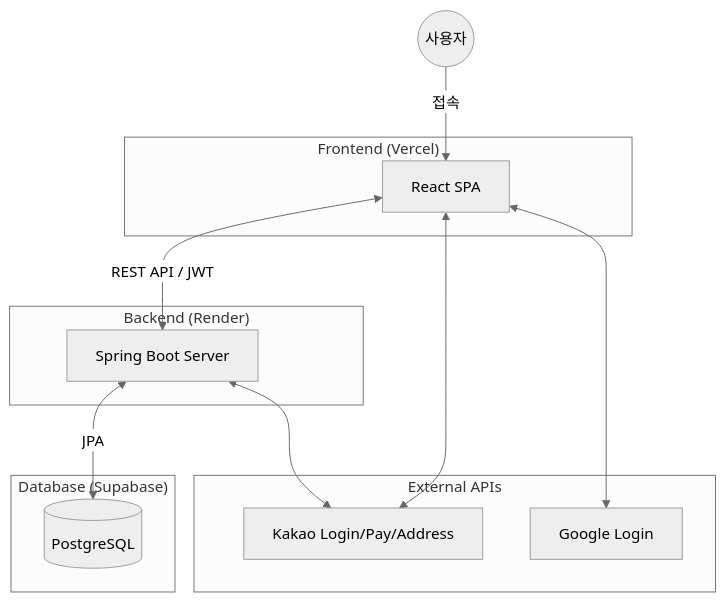
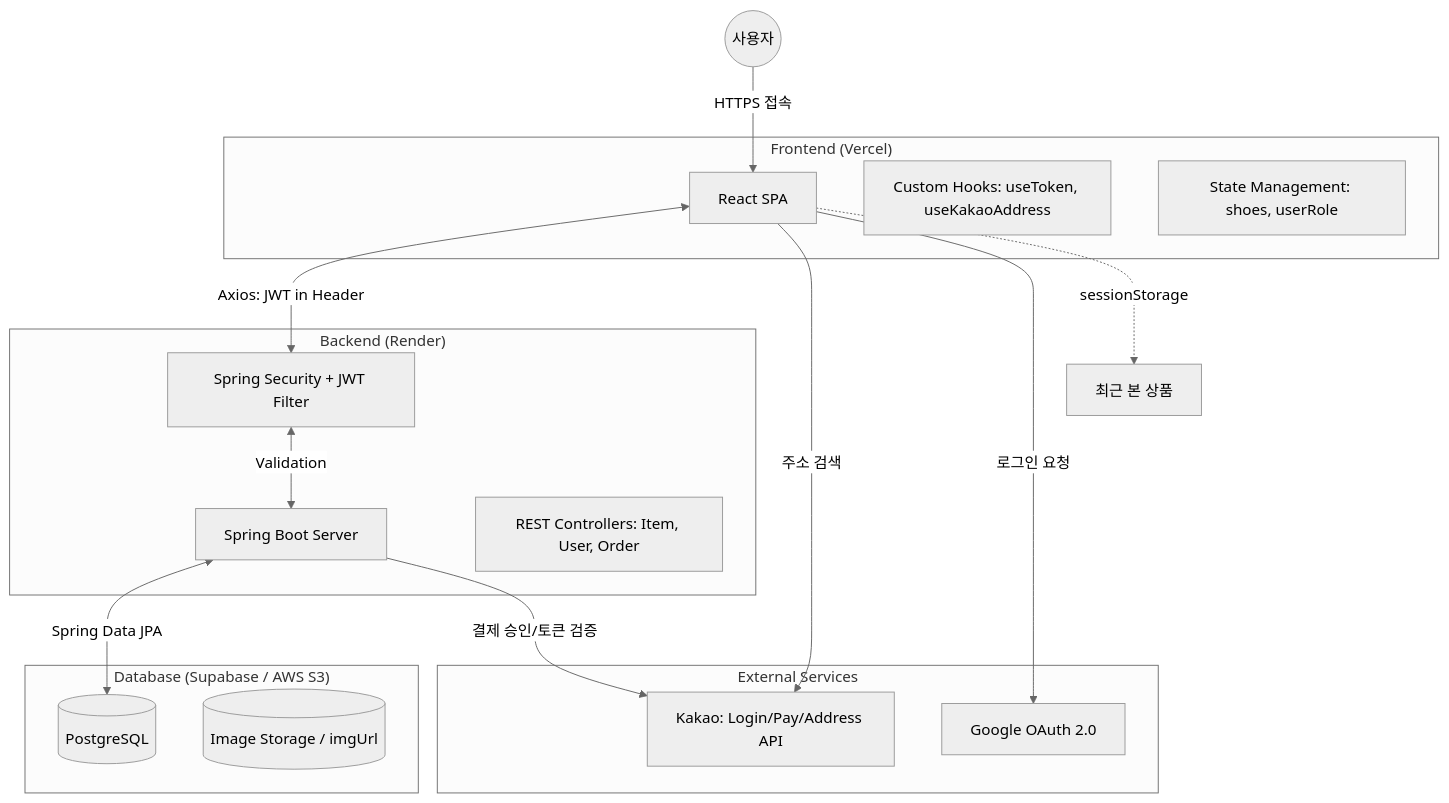
One commit to alsdudrj/react-shoe-shop-project changed the diagram in README.md. Above: the diagram before and after it, drawn with Mermaid (neutral theme).

Commit message:
Update architecture diagram in README.md

````diff
--- a/README.md
+++ b/README.md
@@ -98,28 +98,40 @@
 ```mermaid
 graph TD
     User((사용자))
     
     subgraph "Frontend (Vercel)"
         React[React SPA]
+        Hook[Custom Hooks: useToken, useKakaoAddress]
+        State[State Management: shoes, userRole]
     end
 
     subgraph "Backend (Render)"
         SpringBoot[Spring Boot Server]
+        Security[Spring Security + JWT Filter]
+        Controller[REST Controllers: Item, User, Order]
     end
 
-    subgraph "Database (Supabase)"
+    subgraph "Database (Supabase / AWS S3)"
         DB[(PostgreSQL)]
+        S3[(Image Storage / imgUrl)]
     end
 
-    subgraph "External APIs"
-        Kakao[Kakao Login/Pay/Address]
-        Google[Google Login]
+    subgraph "External Services"
+        Kakao[Kakao: Login/Pay/Address API]
+        OAuth[Google OAuth 2.0]
     end
 
-    User -->|접속| React
-    React <-->|REST API / JWT| SpringBoot
-    SpringBoot <-->|JPA| DB
-    React <--> Kakao
-    React <--> Google
-    SpringBoot <--> Kakao
+    %% 연결 관계
+    User -->|HTTPS 접속| React
+    React <-->|Axios: JWT in Header| Security
+    Security <-->|Validation| SpringBoot
+    SpringBoot <-->|Spring Data JPA| DB
+    
+    %% 외부 API 상세 흐름
+    React -- "주소 검색" --> Kakao
+    React -- "로그인 요청" --> OAuth
+    SpringBoot -- "결제 승인/토큰 검증" --> Kakao
+    
+    %% 데이터 흐름 추가
+    React -.->|sessionStorage| Sidebar[최근 본 상품]
 ```
````
